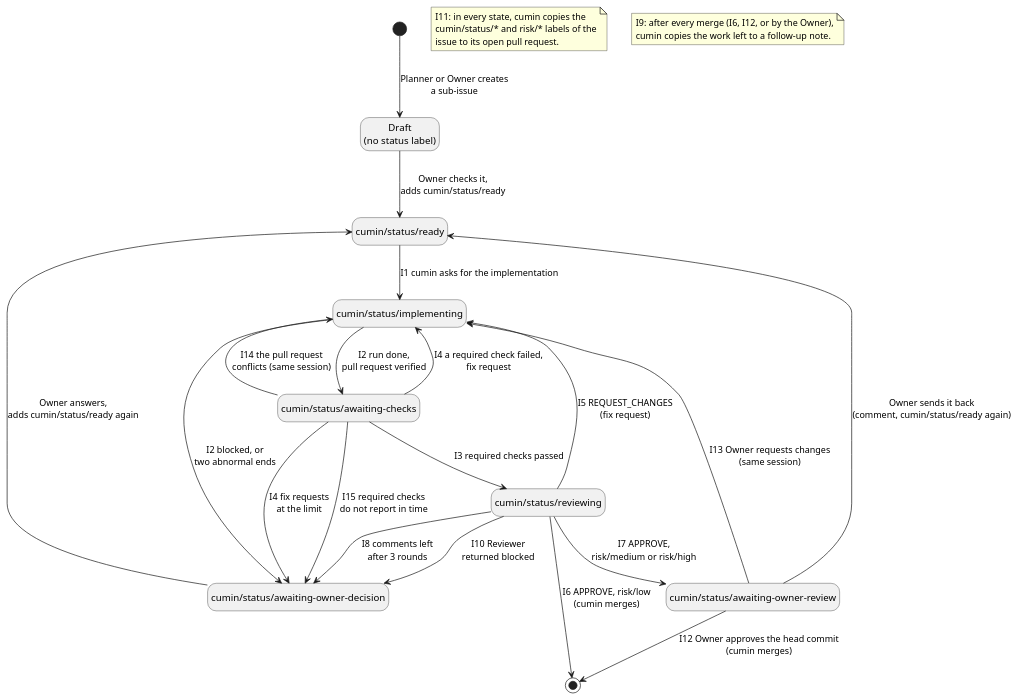
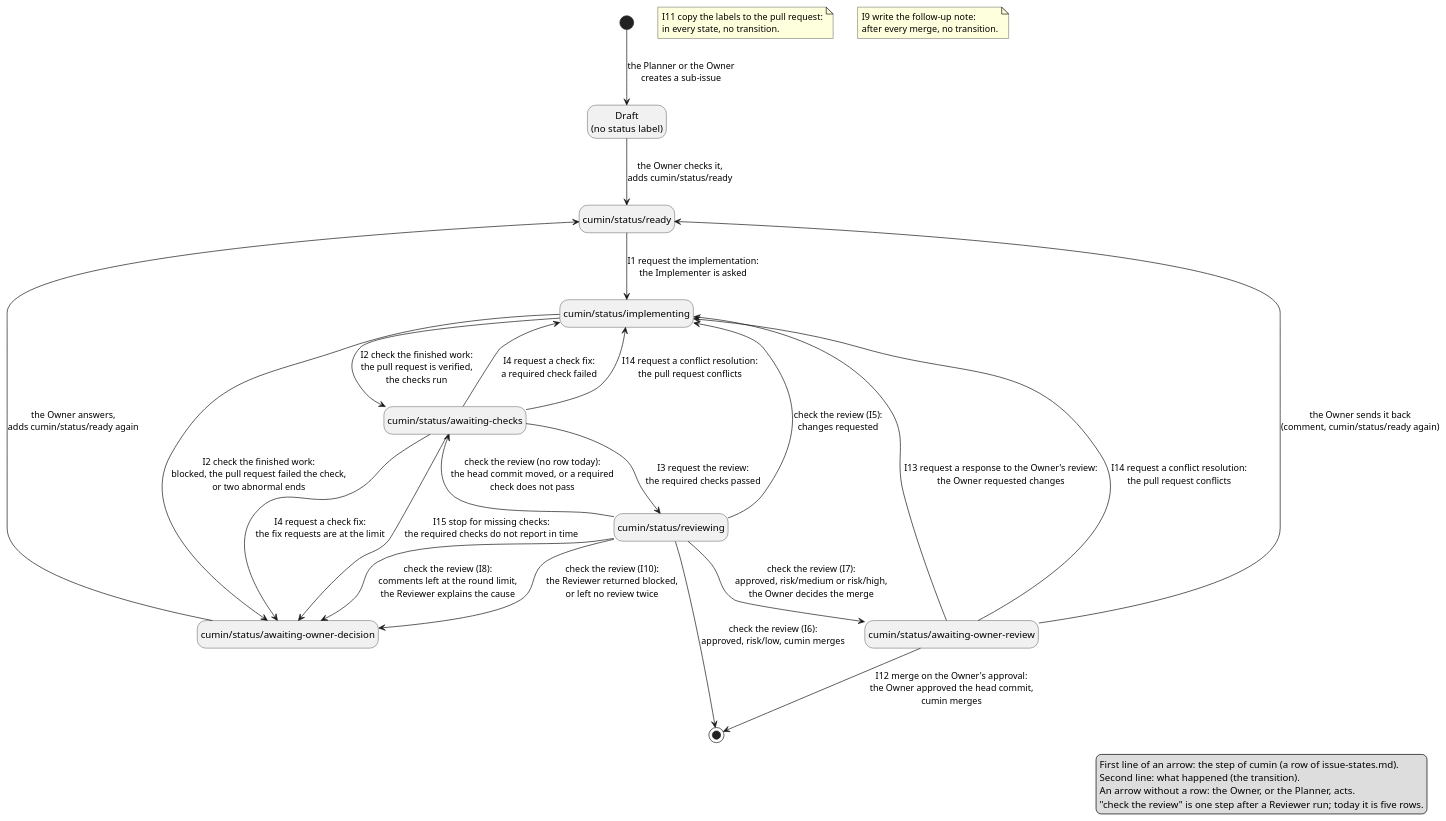
One commit to cloveclovedev/cumin-works changed the diagram in docs/ja/requirements/workflow/implementation-issue-states.puml. Above: the diagram before and after it, drawn with PlantUML. The commit also changed 3 other files, not shown here.

First line of the commit message:
docs(requirements): draft the names of steps and transitions in the two state diagrams

```diff
--- a/docs/ja/requirements/workflow/implementation-issue-states.puml
+++ b/docs/ja/requirements/workflow/implementation-issue-states.puml
@@ -1,39 +1,50 @@
 @startuml implementation-issue-states
 ' cumin works - states of an implementation issue.
-' A state is a label on GitHub. Each arrow names one row of issue-states.md (I1 to I15); I9 and I11 are notes.
+' A state is a label on GitHub. Each arrow is one transition. Its first line names the step of cumin
+' that makes it (with the row of issue-states.md), and the second line says what happened.
+' One step can have several arrows. I9 and I11 change no state; they are notes.
 ' Render: run scripts/render-diagrams.sh at the root of the repository.
 
 hide empty description
 
 state "Draft\n(no status label)" as Draft
 state "cumin/status/ready" as Ready
 state "cumin/status/implementing" as Implementing
 state "cumin/status/awaiting-checks" as Checks
 state "cumin/status/reviewing" as Reviewing
 state "cumin/status/awaiting-owner-review" as OwnerReview
 state "cumin/status/awaiting-owner-decision" as Decision
 
-[*] --> Draft : Planner or Owner creates\na sub-issue
-Draft --> Ready : Owner checks it,\nadds cumin/status/ready
-Ready --> Implementing : I1 cumin asks for the implementation
-Implementing --> Checks : I2 run done,\npull request verified
-Implementing --> Decision : I2 blocked, or\ntwo abnormal ends
-Checks --> Reviewing : I3 required checks passed
-Checks --> Implementing : I4 a required check failed,\nfix request
-Checks --> Decision : I4 fix requests\nat the limit
-Checks --> Implementing : I14 the pull request\nconflicts (same session)
-Checks --> Decision : I15 required checks\ndo not report in time
-Reviewing --> Implementing : I5 REQUEST_CHANGES\n(fix request)
-Reviewing --> [*] : I6 APPROVE, risk/low\n(cumin merges)
-Reviewing --> OwnerReview : I7 APPROVE,\nrisk/medium or risk/high
-Reviewing --> Decision : I8 comments left\nafter 3 rounds
-Reviewing --> Decision : I10 Reviewer\nreturned blocked
-OwnerReview --> [*] : I12 Owner approves the head commit\n(cumin merges)
-OwnerReview --> Implementing : I13 Owner requests changes\n(same session)
-OwnerReview --> Ready : Owner sends it back\n(comment, cumin/status/ready again)
-Decision --> Ready : Owner answers,\nadds cumin/status/ready again
+[*] --> Draft : the Planner or the Owner\ncreates a sub-issue
+Draft --> Ready : the Owner checks it,\nadds cumin/status/ready
+Ready --> Implementing : I1 request the implementation:\nthe Implementer is asked
+Implementing --> Checks : I2 check the finished work:\nthe pull request is verified,\nthe checks run
+Implementing --> Decision : I2 check the finished work:\nblocked, the pull request failed the check,\nor two abnormal ends
+Checks --> Reviewing : I3 request the review:\nthe required checks passed
+Checks --> Implementing : I4 request a check fix:\na required check failed
+Checks --> Decision : I4 request a check fix:\nthe fix requests are at the limit
+Checks --> Implementing : I14 request a conflict resolution:\nthe pull request conflicts
+Checks --> Decision : I15 stop for missing checks:\nthe required checks do not report in time
+Reviewing --> Implementing : check the review (I5):\nchanges requested
+Reviewing --> [*] : check the review (I6):\napproved, risk/low, cumin merges
+Reviewing --> OwnerReview : check the review (I7):\napproved, risk/medium or risk/high,\nthe Owner decides the merge
+Reviewing --> Decision : check the review (I8):\ncomments left at the round limit,\nthe Reviewer explains the cause
+Reviewing --> Decision : check the review (I10):\nthe Reviewer returned blocked,\nor left no review twice
+Reviewing --> Checks : check the review (no row today):\nthe head commit moved, or a required\ncheck does not pass
+OwnerReview --> [*] : I12 merge on the Owner's approval:\nthe Owner approved the head commit,\ncumin merges
+OwnerReview --> Implementing : I13 request a response to the Owner's review:\nthe Owner requested changes
+OwnerReview --> Implementing : I14 request a conflict resolution:\nthe pull request conflicts
+OwnerReview --> Ready : the Owner sends it back\n(comment, cumin/status/ready again)
+Decision --> Ready : the Owner answers,\nadds cumin/status/ready again
 
-note "I11: in every state, cumin copies the\ncumin/status/* and risk/* labels of the\nissue to its open pull request." as I11
-note "I9: after every merge (I6, I12, or by the Owner),\ncumin copies the work left to a follow-up note." as I9
+note "I11 copy the labels to the pull request:\nin every state, no transition." as I11
+note "I9 write the follow-up note:\nafter every merge, no transition." as I9
+
+legend right
+  First line of an arrow: the step of cumin (a row of issue-states.md).
+  Second line: what happened (the transition).
+  An arrow without a row: the Owner, or the Planner, acts.
+  "check the review" is one step after a Reviewer run; today it is five rows.
+endlegend
 
 @enduml
```
